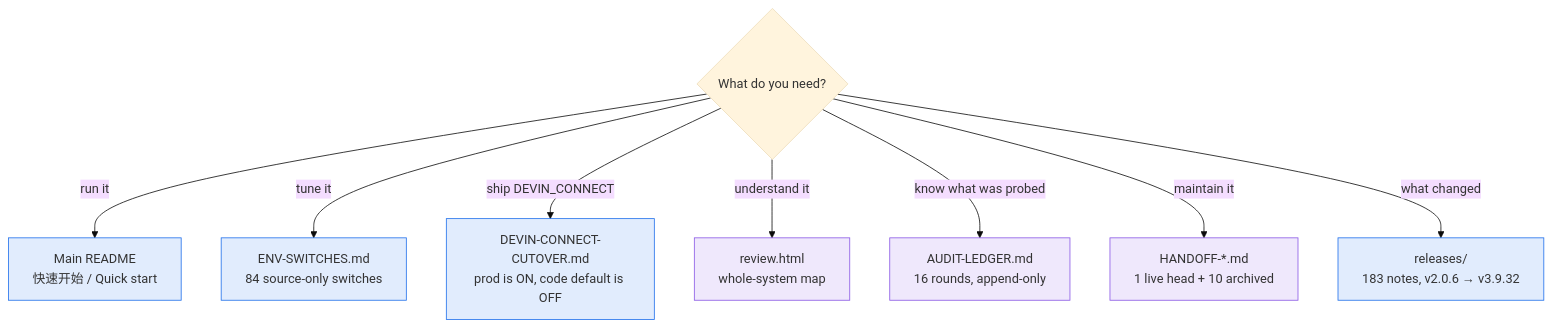
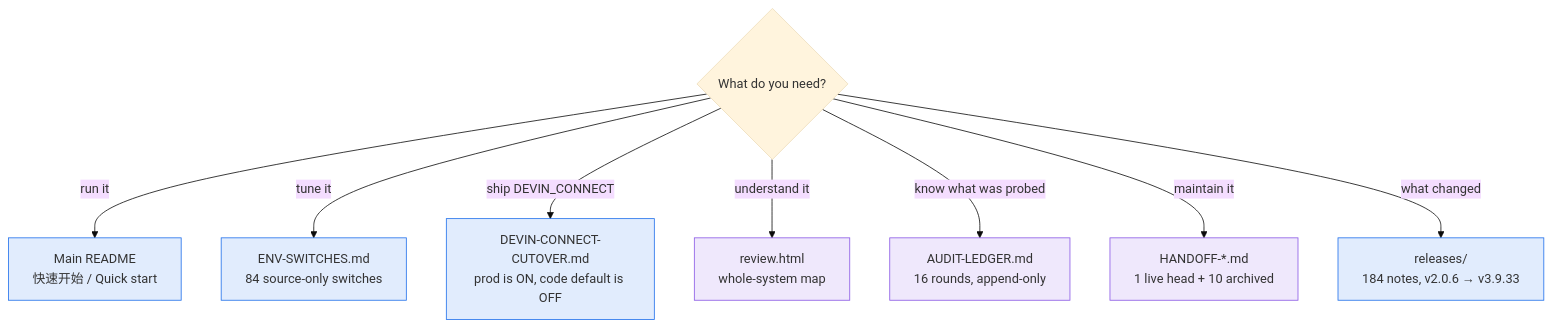
The diagram in docs/README.md (CORCTON/WindsurfAPI), drawn with Mermaid (base theme) before and after one commit. The commit also changed other lines of this file and 6 other files, not shown here.

````diff
--- a/docs/README.md
+++ b/docs/README.md
@@ -15,16 +15,16 @@
 ```mermaid
 flowchart TD
     Q{"What do you need?"}
     Q -->|"run it"| RUN["Main README<br/>快速开始 / Quick start"]
     Q -->|"tune it"| OPS["ENV-SWITCHES.md<br/>84 source-only switches"]
     Q -->|"ship DEVIN_CONNECT"| CUT["DEVIN-CONNECT-CUTOVER.md<br/>prod is ON, code default is OFF"]
     Q -->|"understand it"| ARCH["review.html<br/>whole-system map"]
     Q -->|"know what was probed"| LED["AUDIT-LEDGER.md<br/>16 rounds, append-only"]
     Q -->|"maintain it"| HO["HANDOFF-*.md<br/>1 live head + 10 archived"]
-    Q -->|"what changed"| REL["releases/<br/>183 notes, v2.0.6 → v3.9.32"]
+    Q -->|"what changed"| REL["releases/<br/>184 notes, v2.0.6 → v3.9.33"]
 
     classDef user fill:#1f6feb22,stroke:#1f6feb
     classDef maint fill:#8957e522,stroke:#8957e5
     class RUN,OPS,CUT,REL user
     class ARCH,LED,HO maint
 ```
````
